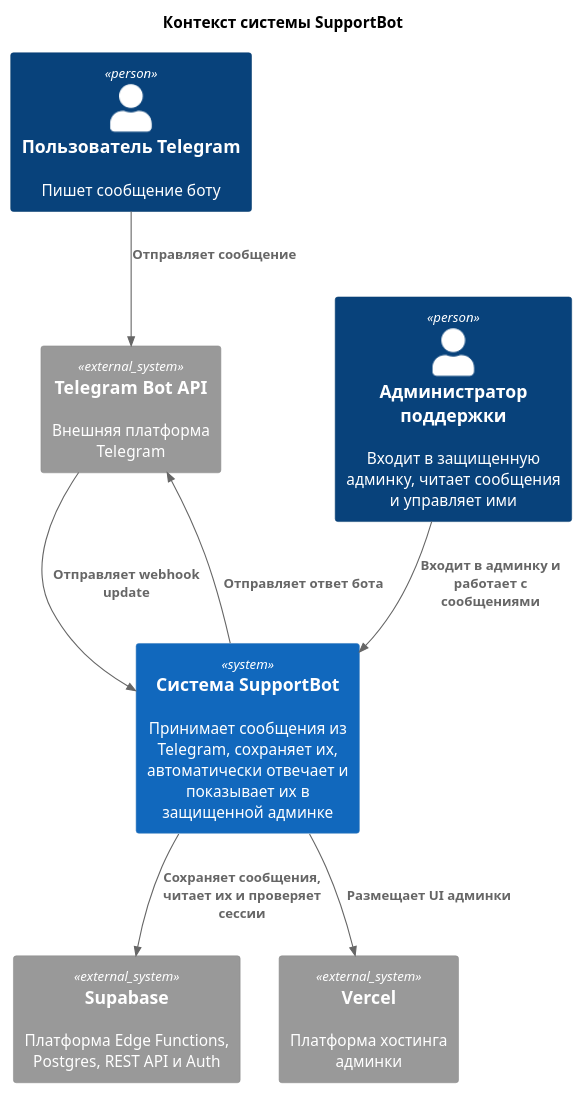
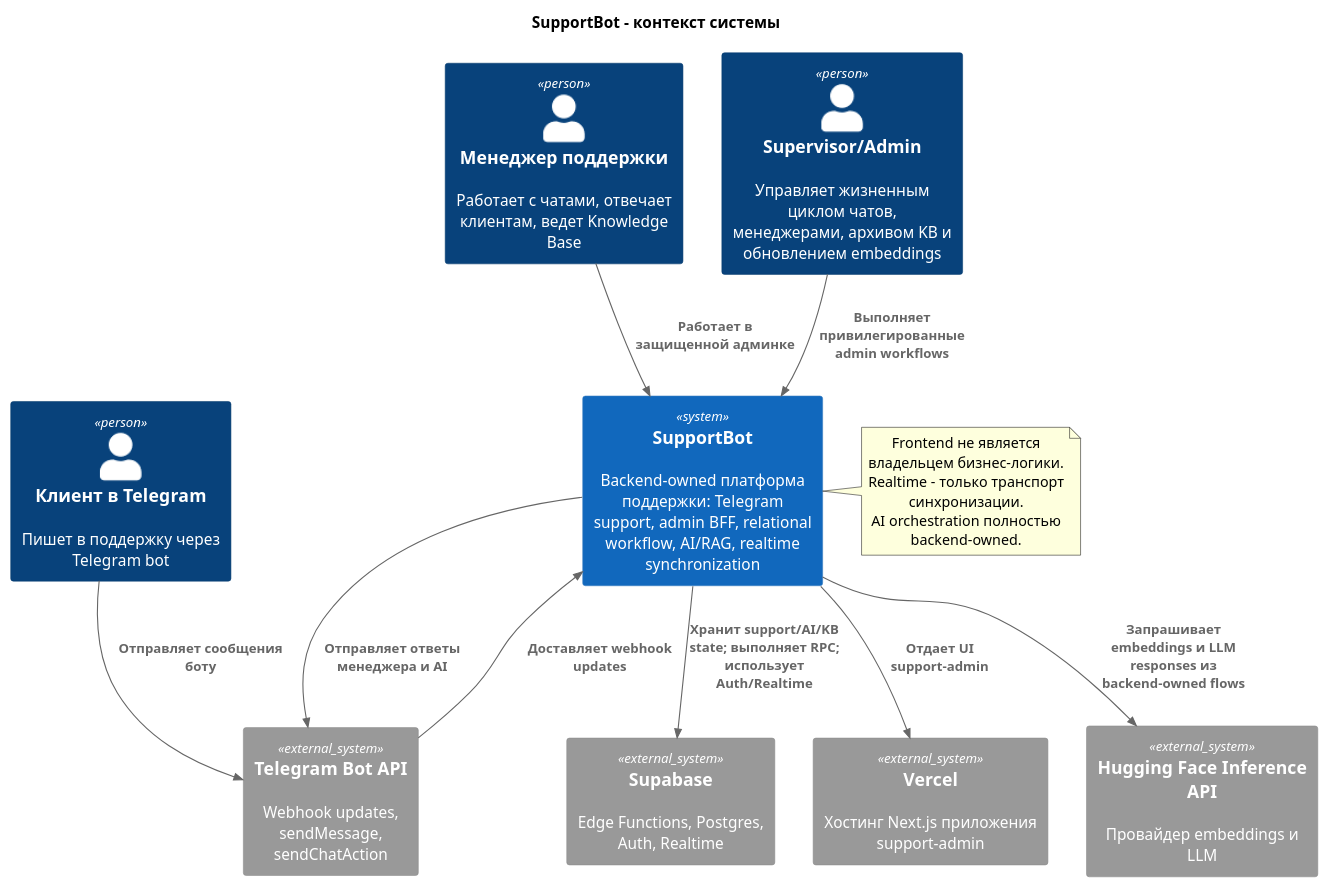
The diagram in docs/c4/context.puml (AbdulkaevGadel/vibeCodeFS), drawn with PlantUML before and after one commit. The commit also changed 20 other files, not shown here.

Commit message:
docs(architecture): update ERD and C4 diagrams

```diff
--- a/docs/c4/context.puml
+++ b/docs/c4/context.puml
@@ -1,22 +1,32 @@
 @startuml
 !include https://raw.githubusercontent.com/plantuml-stdlib/C4-PlantUML/master/C4_Context.puml
 
-title Контекст системы SupportBot
+title SupportBot - контекст системы
 
-Person(telegramUser, "Пользователь Telegram", "Пишет сообщение боту")
-Person(admin, "Администратор поддержки", "Входит в защищенную админку, читает сообщения и управляет ими")
+Person(telegramClient, "Клиент в Telegram", "Пишет в поддержку через Telegram bot")
+Person(manager, "Менеджер поддержки", "Работает с чатами, отвечает клиентам, ведет Knowledge Base")
+Person(admin, "Supervisor/Admin", "Управляет жизненным циклом чатов, менеджерами, архивом KB и обновлением embeddings")
 
-System(system, "Система SupportBot", "Принимает сообщения из Telegram, сохраняет их, автоматически отвечает и показывает их в защищенной админке")
+System(system, "SupportBot", "Backend-owned платформа поддержки: Telegram support, admin BFF, relational workflow, AI/RAG, realtime synchronization")
 
-System_Ext(telegramApi, "Telegram Bot API", "Внешняя платформа Telegram")
-System_Ext(supabase, "Supabase", "Платформа Edge Functions, Postgres, REST API и Auth")
-System_Ext(vercel, "Vercel", "Платформа хостинга админки")
+System_Ext(telegramApi, "Telegram Bot API", "Webhook updates, sendMessage, sendChatAction")
+System_Ext(supabase, "Supabase", "Edge Functions, Postgres, Auth, Realtime")
+System_Ext(vercel, "Vercel", "Хостинг Next.js приложения support-admin")
+System_Ext(huggingFace, "Hugging Face Inference API", "Провайдер embeddings и LLM")
 
-Rel(telegramUser, telegramApi, "Отправляет сообщение")
-Rel(telegramApi, system, "Отправляет webhook update")
-Rel(system, telegramApi, "Отправляет ответ бота")
-Rel(admin, system, "Входит в админку и работает с сообщениями")
-Rel(system, supabase, "Сохраняет сообщения, читает их и проверяет сессии")
-Rel(system, vercel, "Размещает UI админки")
+Rel(telegramClient, telegramApi, "Отправляет сообщения боту")
+Rel(telegramApi, system, "Доставляет webhook updates")
+Rel(system, telegramApi, "Отправляет ответы менеджера и AI")
+Rel(manager, system, "Работает в защищенной админке")
+Rel(admin, system, "Выполняет привилегированные admin workflows")
+Rel(system, supabase, "Хранит support/AI/KB state; выполняет RPC; использует Auth/Realtime")
+Rel(system, vercel, "Отдает UI support-admin")
+Rel(system, huggingFace, "Запрашивает embeddings и LLM responses из backend-owned flows")
+
+note right of system
+  Frontend не является владельцем бизнес-логики.
+  Realtime - только транспорт синхронизации.
+  AI orchestration полностью backend-owned.
+end note
 
 @enduml
```
